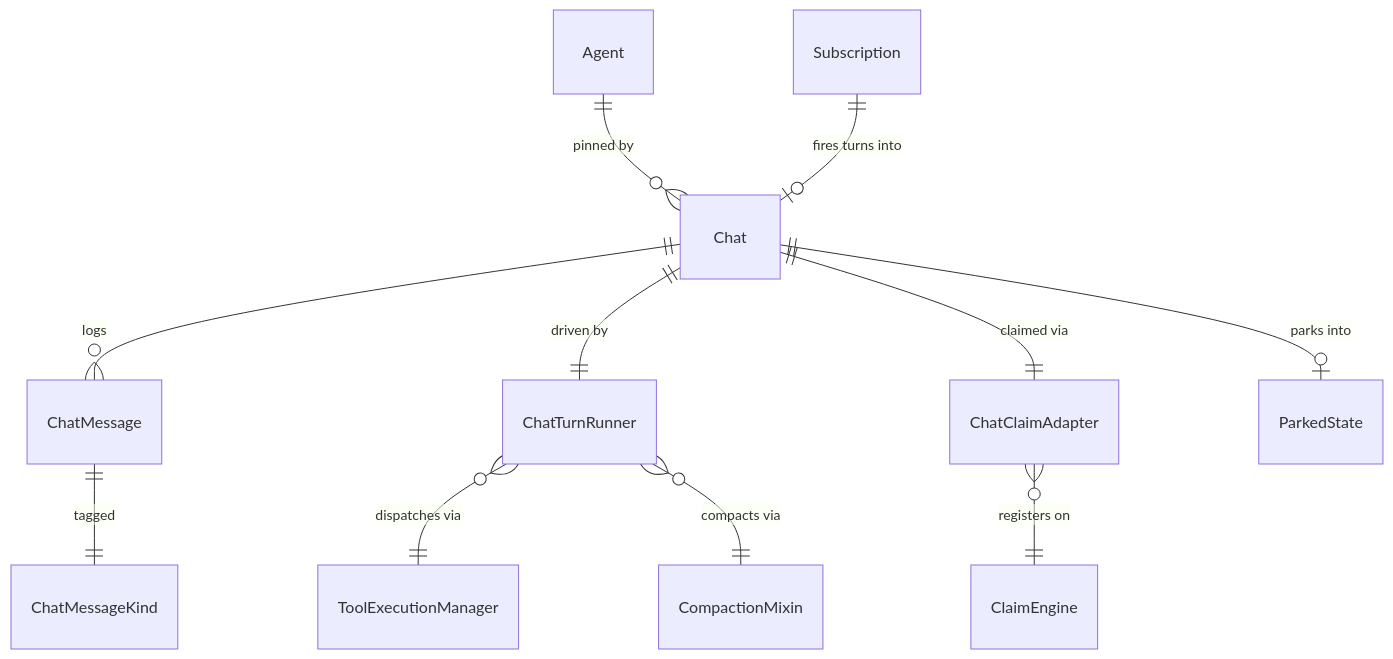
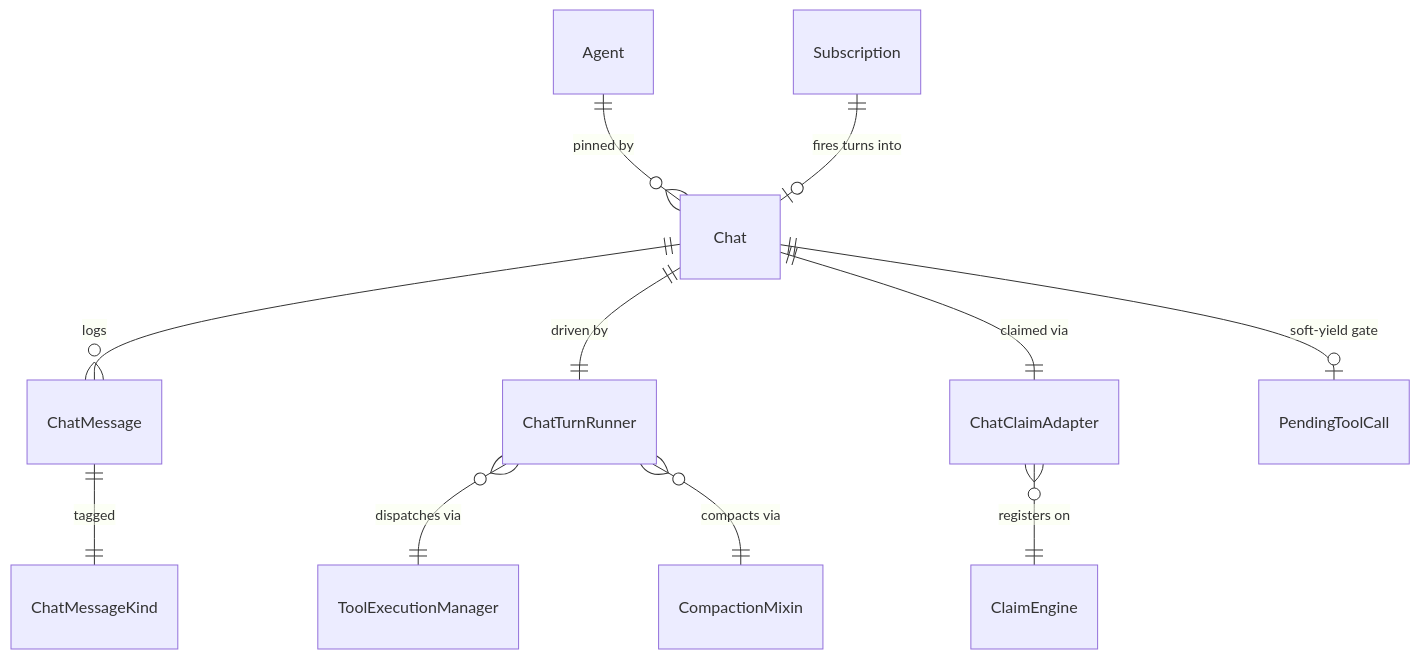
One commit to primerhq/primer changed the first of 3 diagrams in docs/dev/subsystems/chats.md. Above: the diagram before and after it, drawn with Mermaid. The commit also changed other lines of this file, not shown here.

First line of the commit message:
docs: reconcile dev chats subsystem doc with the soft-yield model

````diff
--- a/docs/dev/subsystems/chats.md
+++ b/docs/dev/subsystems/chats.md
@@ -15,13 +15,13 @@
 ```mermaid
 erDiagram
     Agent ||--o{ Chat : "pinned by"
     Chat ||--o{ ChatMessage : "logs"
     Chat ||--|| ChatTurnRunner : "driven by"
     Chat ||--|| ChatClaimAdapter : "claimed via"
     ChatClaimAdapter }o--|| ClaimEngine : "registers on"
-    Chat ||--o| ParkedState : "parks into"
+    Chat ||--o| PendingToolCall : "soft-yield gate"
     ChatTurnRunner }o--|| ToolExecutionManager : "dispatches via"
     ChatTurnRunner }o--|| CompactionMixin : "compacts via"
     ChatMessage ||--|| ChatMessageKind : "tagged"
     Subscription ||--o| Chat : "fires turns into"
 ```
````
